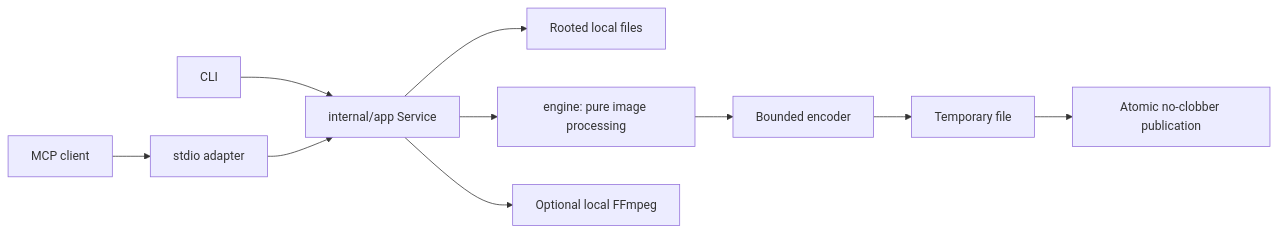
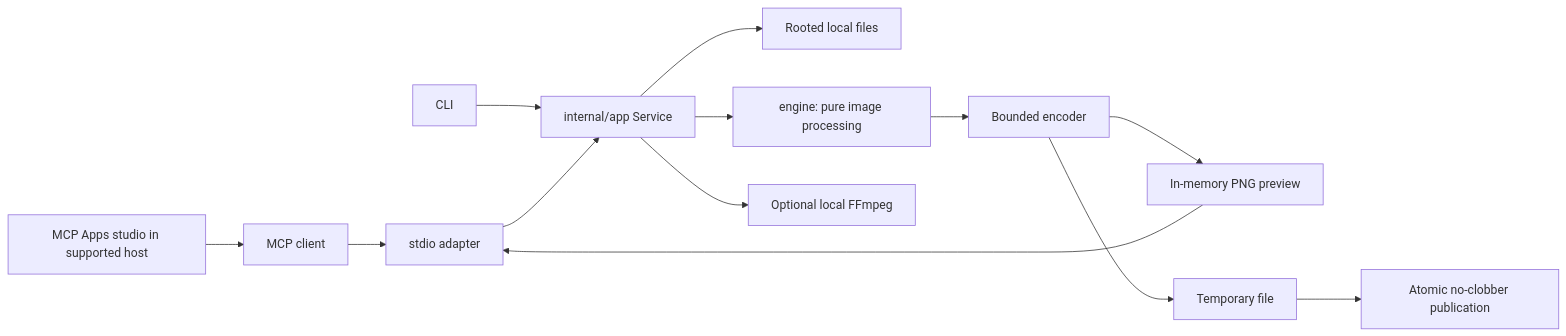
The diagram in docs/architecture.md (lennrt/dither-mcp), drawn with Mermaid before and after one commit. The commit also changed other lines of this file and 63 other files, not shown here.

Commit message:
Add MCP Apps studio with bounded previews and explicit saves

````diff
--- a/docs/architecture.md
+++ b/docs/architecture.md
@@ -5,12 +5,15 @@
 ```mermaid
 flowchart LR
     A[MCP client] --> B[stdio adapter]
+    U[MCP Apps studio in supported host] --> A
     C[CLI] --> D[internal/app Service]
     B --> D
     D --> E[Rooted local files]
     D --> F[engine: pure image processing]
     D --> G[Optional local FFmpeg]
     F --> H[Bounded encoder]
+    H --> P[In-memory PNG preview]
+    P --> B
     H --> I[Temporary file]
     I --> J[Atomic no-clobber publication]
 ```
````
